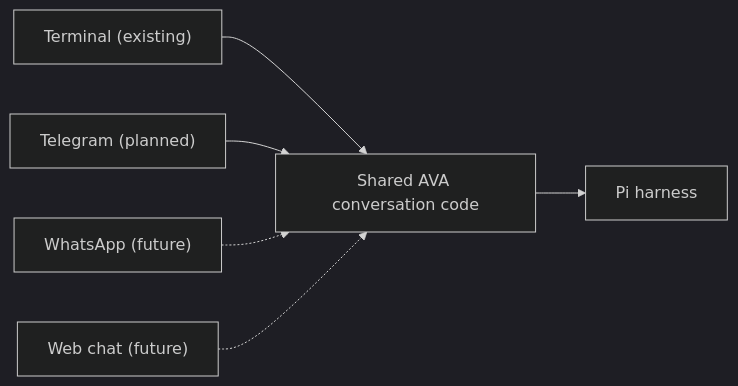
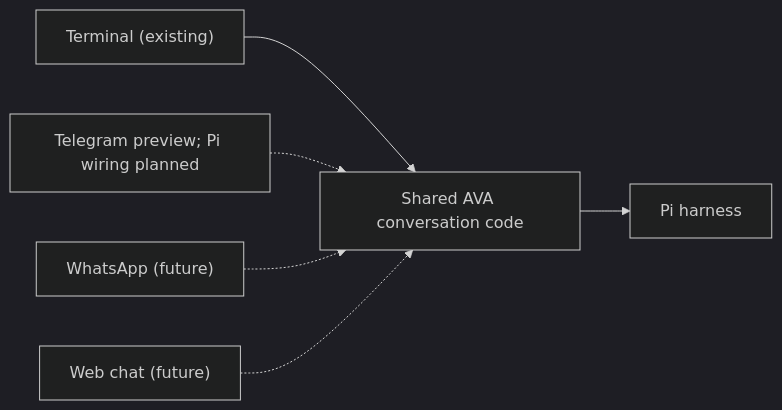
Before and after one commit to fjeansilva/ava-personal-assistant: the second of 2 diagrams in docs/telegram-channel-plan.md, drawn with Mermaid (dark theme). The commit also changed other lines of this file and 7 other files, not shown here.

````diff
--- a/docs/telegram-channel-plan.md
+++ b/docs/telegram-channel-plan.md
@@ -74,8 +77,8 @@
 ```mermaid
 flowchart LR
     Terminal["Terminal (existing)"] --> Conversation["Shared AVA conversation code"]
-    Telegram["Telegram (planned)"] --> Conversation
+    Telegram["Telegram preview; Pi wiring planned"] -.-> Conversation
     WhatsApp["WhatsApp (future)"] -.-> Conversation
     Web["Web chat (future)"] -.-> Conversation
     Conversation --> Pi["Pi harness"]
 ```
````
